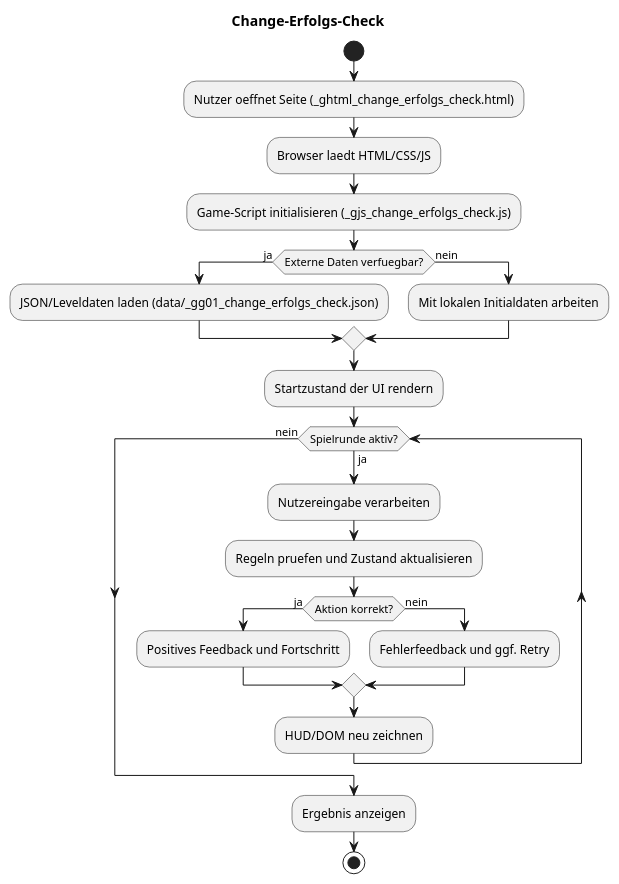
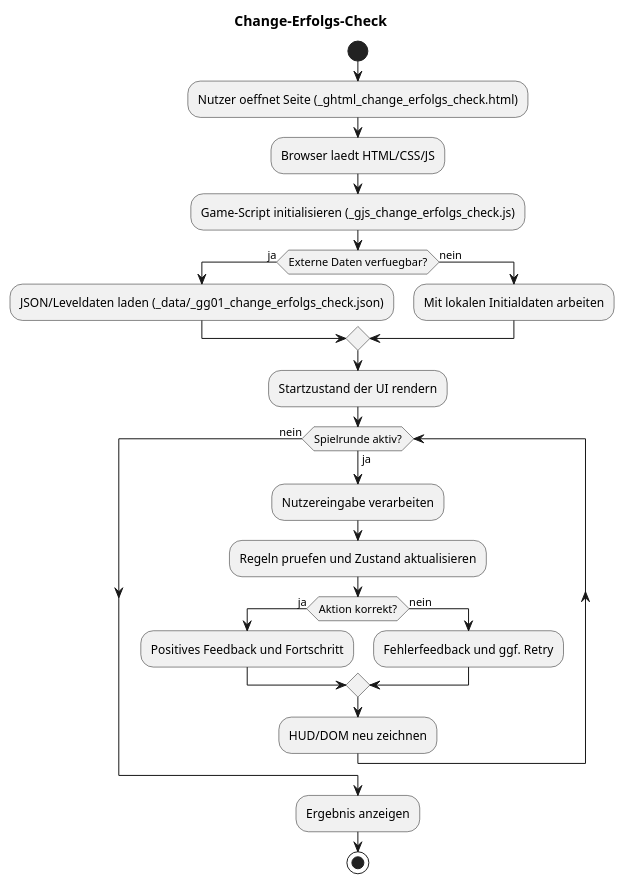
One commit to Thor-the-Dwarf/easyPV changed the diagram in databases/Teil02 FIAE/database/Anforderungen, Analyse, Projekt & Prozess/Change Management/change_erfolgs_check/__dokumentation/__02_plans/__activity_diagram.puml. Above: the diagram before and after it, drawn with PlantUML. The commit also changed 1258 other files, not shown here.

```diff
--- a/databases/Teil02 FIAE/database/Anforderungen, Analyse, Projekt & Prozess/Change Management/change_erfolgs_check/__dokumentation/__02_plans/__activity_diagram.puml
+++ b/databases/Teil02 FIAE/database/Anforderungen, Analyse, Projekt & Prozess/Change Management/change_erfolgs_check/__dokumentation/__02_plans/__activity_diagram.puml
@@ -1,25 +1,25 @@
 @startuml
 title Change-Erfolgs-Check
 start
 :Nutzer oeffnet Seite (_ghtml_change_erfolgs_check.html);
 :Browser laedt HTML/CSS/JS;
 :Game-Script initialisieren (_gjs_change_erfolgs_check.js);
 if (Externe Daten verfuegbar?) then (ja)
-  :JSON/Leveldaten laden (data/_gg01_change_erfolgs_check.json);
+  :JSON/Leveldaten laden (_data/_gg01_change_erfolgs_check.json);
 else (nein)
   :Mit lokalen Initialdaten arbeiten;
 endif
 :Startzustand der UI rendern;
 while (Spielrunde aktiv?) is (ja)
   :Nutzereingabe verarbeiten;
   :Regeln pruefen und Zustand aktualisieren;
   if (Aktion korrekt?) then (ja)
     :Positives Feedback und Fortschritt;
   else (nein)
     :Fehlerfeedback und ggf. Retry;
   endif
   :HUD/DOM neu zeichnen;
 endwhile (nein)
 :Ergebnis anzeigen;
 stop
 @enduml
```
